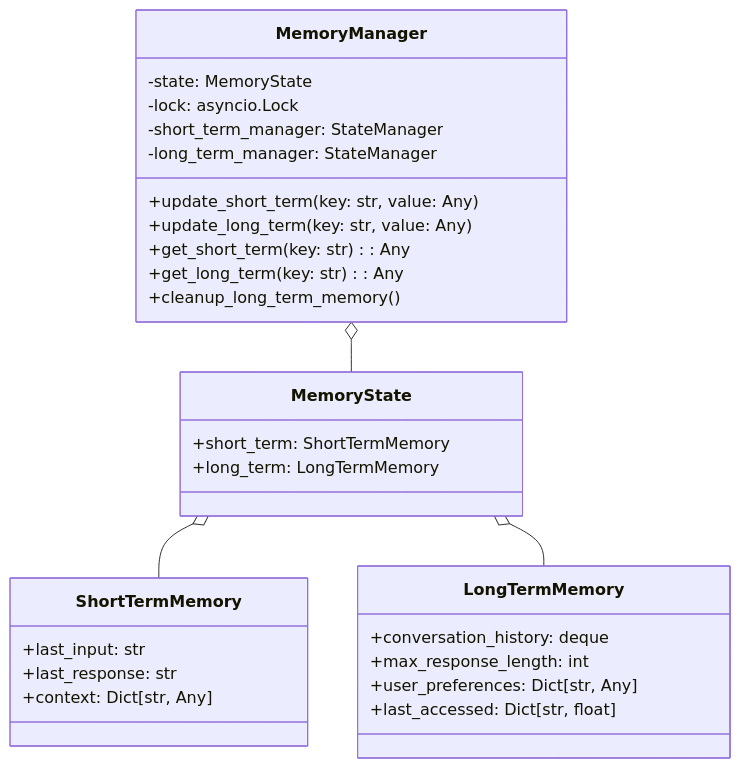
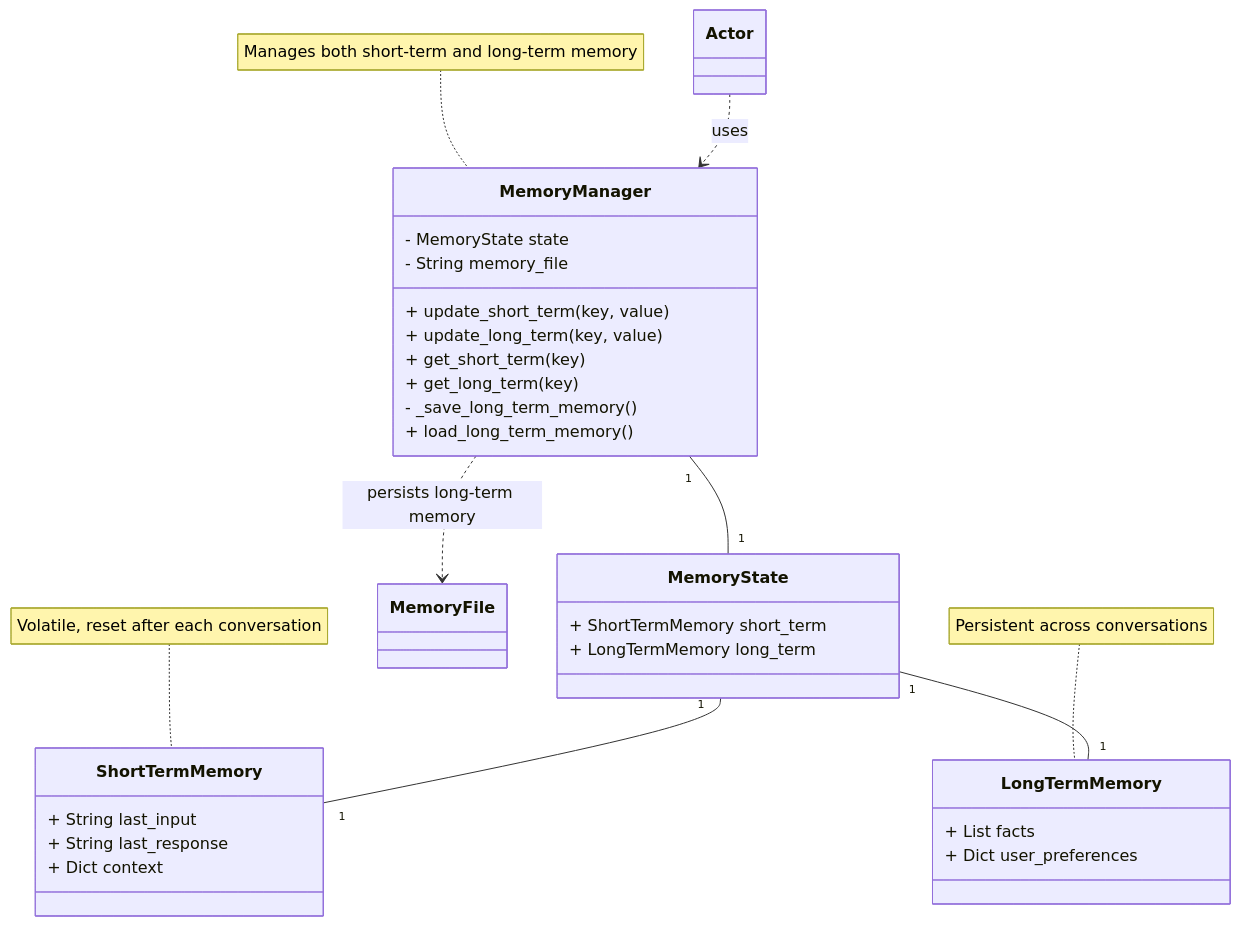
Before and after one commit to waveupHQ/smartgraph: the third of 5 diagrams in examples/search_assistant.md, drawn with Mermaid. The commit also changed other lines of this file and 5 other files, not shown here.

First line of the commit message:
feat(memory): enhance context handling for LLM conversations

````diff
--- a/examples/search_assistant.md
+++ b/examples/search_assistant.md
@@ -83,33 +90,41 @@
 ```mermaid
 classDiagram
     class MemoryManager {
-        -state: MemoryState
-        -lock: asyncio.Lock
-        -short_term_manager: StateManager
-        -long_term_manager: StateManager
-        +update_short_term(key: str, value: Any)
-        +update_long_term(key: str, value: Any)
-        +get_short_term(key: str): Any
-        +get_long_term(key: str): Any
-        +cleanup_long_term_memory()
+        - MemoryState state
+        - String memory_file
+        + update_short_term(key, value)
+        + update_long_term(key, value)
+        + get_short_term(key)
+        + get_long_term(key)
+        - _save_long_term_memory()
+        + load_long_term_memory()
     }
+
     class MemoryState {
-        +short_term: ShortTermMemory
-        +long_term: LongTermMemory
+        + ShortTermMemory short_term
+        + LongTermMemory long_term
     }
+
     class ShortTermMemory {
-        +last_input: str
-        +last_response: str
-        +context: Dict[str, Any]
+        + String last_input
+        + String last_response
+        + Dict context
     }
+
     class LongTermMemory {
-        +conversation_history: deque
-        +max_response_length: int
-        +user_preferences: Dict[str, Any]
-        +last_accessed: Dict[str, float]
+        + List facts
+        + Dict user_preferences
     }
-    MemoryManager o-- MemoryState
-    MemoryState o-- ShortTermMemory
-    MemoryState o-- LongTermMemory
+
+    MemoryManager "1" -- "1" MemoryState
+    MemoryState "1" -- "1" ShortTermMemory
+    MemoryState "1" -- "1" LongTermMemory
+
+    Actor ..> MemoryManager : uses
+    MemoryManager ..> MemoryFile : persists long-term memory
+
+    note for MemoryManager "Manages both short-term and long-term memory"
+    note for ShortTermMemory "Volatile, reset after each conversation"
+    note for LongTermMemory "Persistent across conversations"
 
 ```
````
